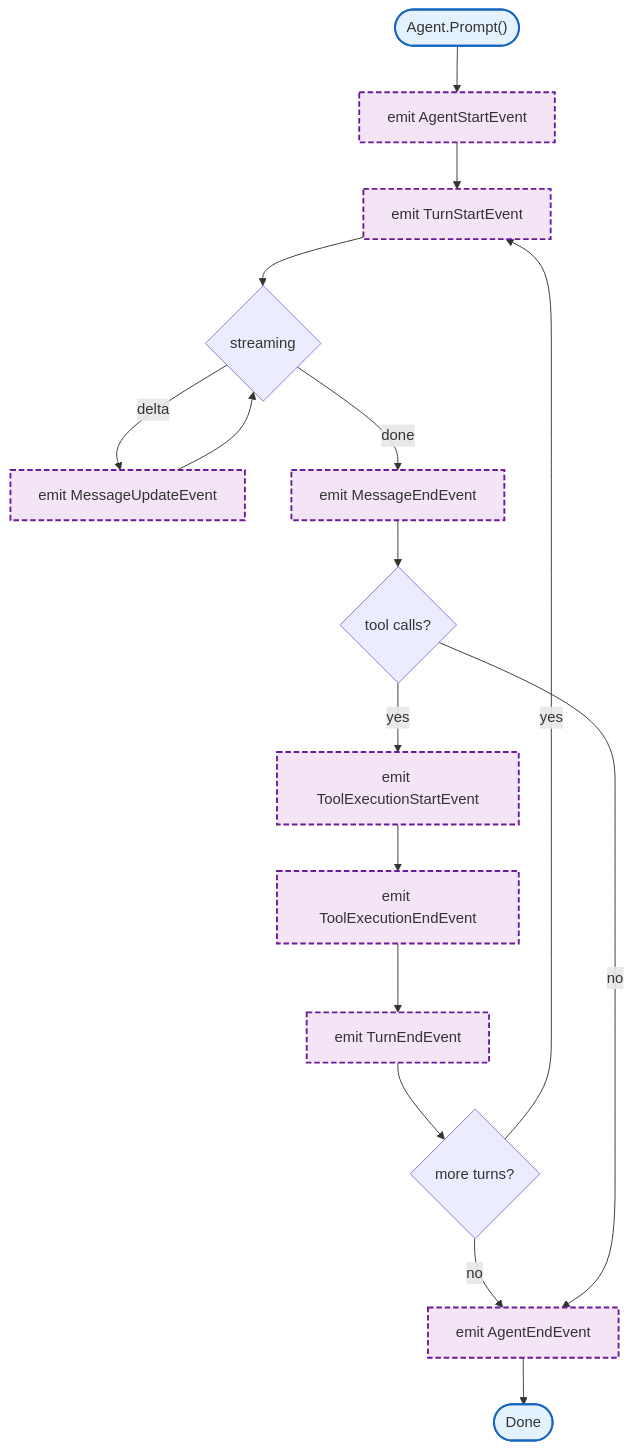
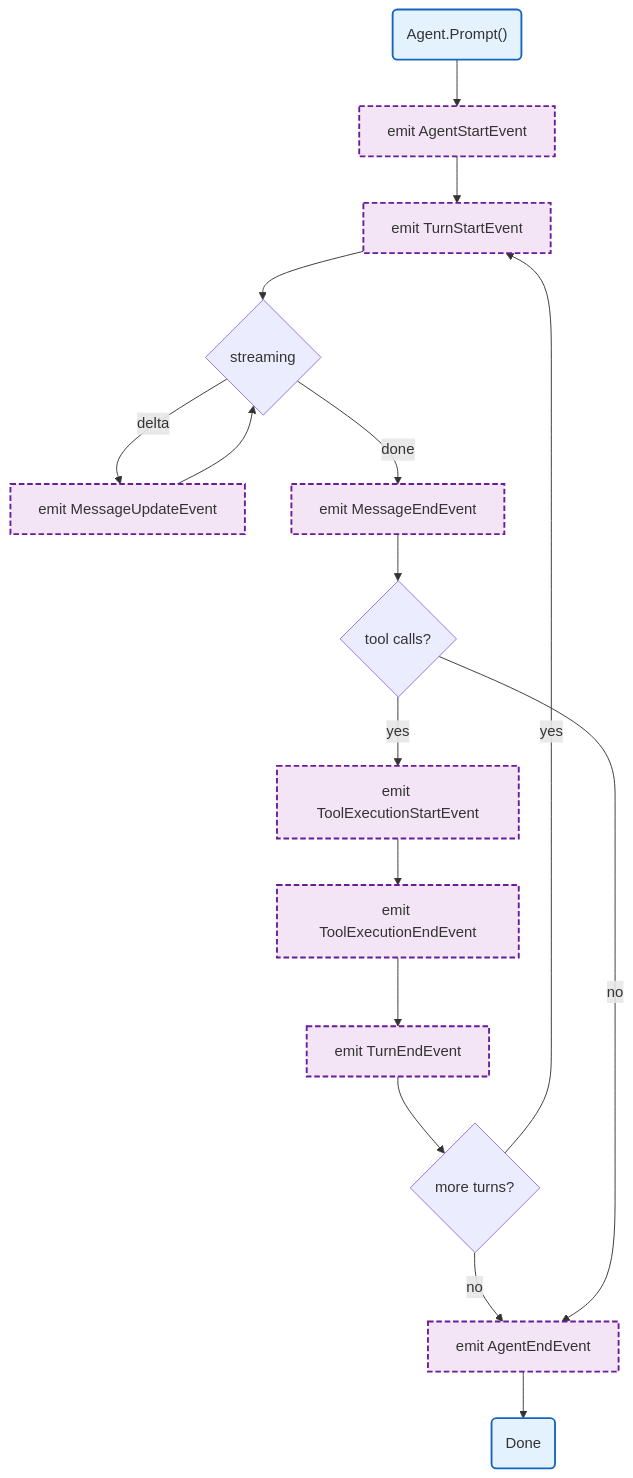
Before and after one commit to radch-ai/ava: the diagram in docs/internal/agent/events.md, drawn with Mermaid. The commit also changed 24 other files, not shown here.

First line of the commit message:
fix(docs): fix mermaid syntax errors in all diagrams

````diff
--- a/docs/internal/agent/events.md
+++ b/docs/internal/agent/events.md
@@ -7,24 +7,24 @@
 ```mermaid
 flowchart TB
-    Start(["Agent.Prompt()"]) --> EmitStart["emit AgentStartEvent"]
+    Start("Agent.Prompt()") --> EmitStart["emit AgentStartEvent"]
     EmitStart --> EmitTurnStart["emit TurnStartEvent"]
     EmitTurnStart --> StreamLoop{streaming}
     StreamLoop -->|delta| EmitUpdate["emit MessageUpdateEvent"]
     EmitUpdate --> StreamLoop
     StreamLoop -->|done| EmitEnd["emit MessageEndEvent"]
     EmitEnd --> CheckTools{tool calls?}
     CheckTools -->|yes| EmitToolStart["emit ToolExecutionStartEvent"]
     EmitToolStart --> EmitToolEnd["emit ToolExecutionEndEvent"]
     EmitToolEnd --> EmitTurnEnd["emit TurnEndEvent"]
     EmitTurnEnd --> CheckMore{more turns?}
     CheckMore -->|yes| EmitTurnStart
     CheckMore -->|no| EmitAgentEnd["emit AgentEndEvent"]
     CheckTools -->|no| EmitAgentEnd
-    EmitAgentEnd --> Done(["Done"])
+    EmitAgentEnd --> Done("Done")
 
     classDef mainFn fill:#e3f2fd,stroke:#1565c0,stroke-width:2px
     classDef internalFn fill:#f3e5f5,stroke:#6a1b9a,stroke-width:2px,stroke-dasharray:6 3
 
     class Start,Done mainFn
     class EmitStart,EmitTurnStart,EmitUpdate,EmitEnd,EmitToolStart,EmitToolEnd,EmitTurnEnd,EmitAgentEnd internalFn
 ```
````
